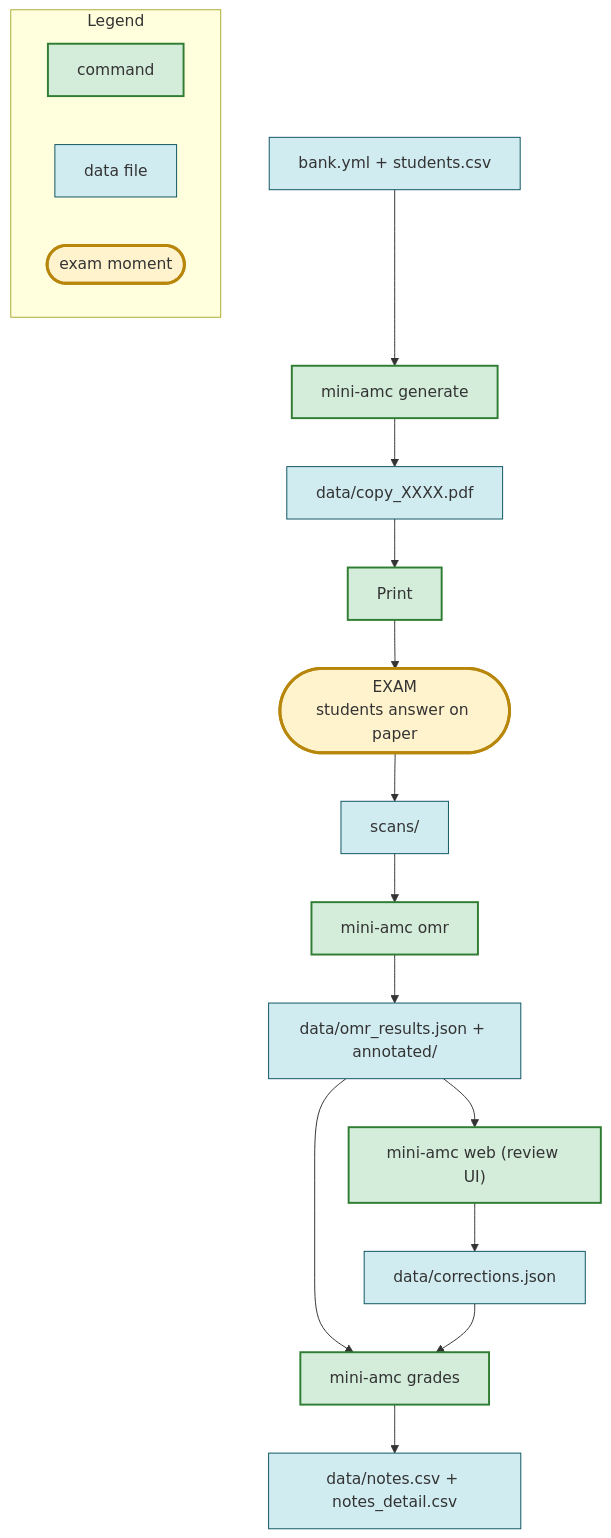
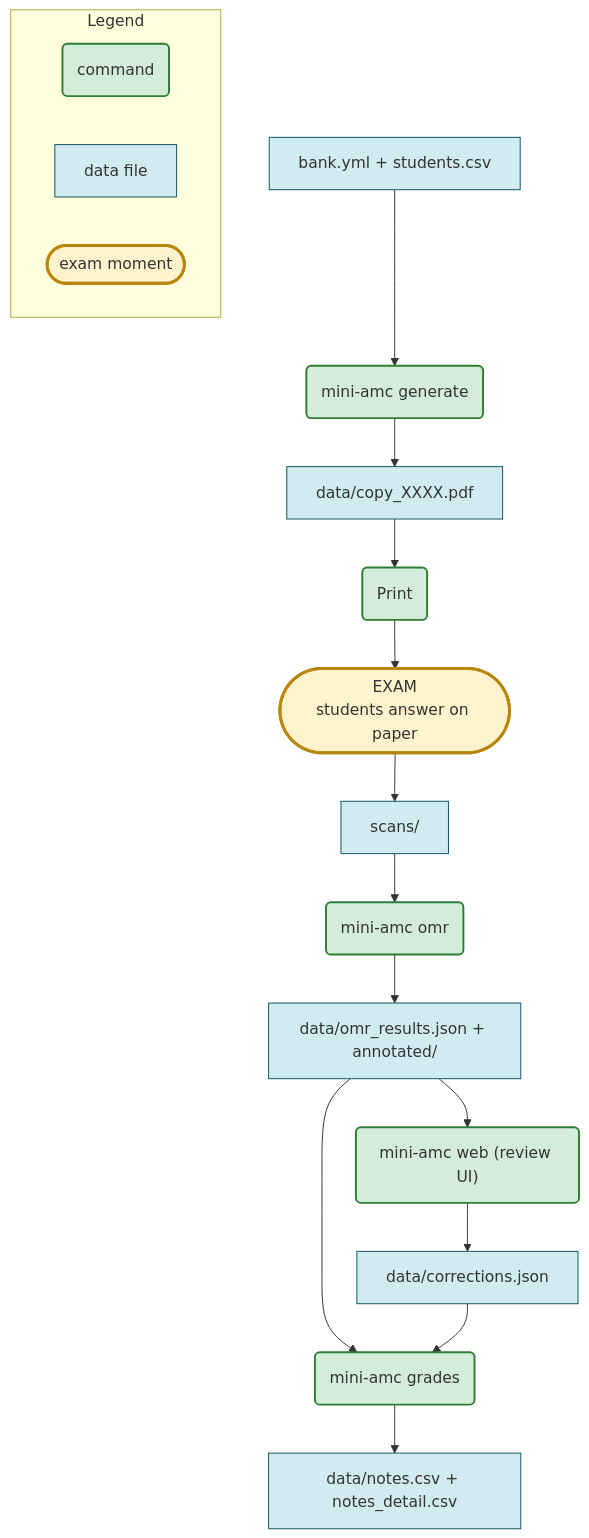
Before and after one commit to boileaum/mini-amc: the diagram in README.md, drawn with Mermaid. The commit also changed other lines of this file and 1 other file, not shown here.

First line of the commit message:
README: rounded command nodes in Mermaid, 2-column Components table, OMR acronym spelled out

````diff
--- a/README.md
+++ b/README.md
@@ -35,27 +35,27 @@
 ```mermaid
 flowchart TD
   classDef exam fill:#fff3cd,stroke:#b8860b,stroke-width:3px
   classDef tool fill:#d4edda,stroke:#2e7d32,stroke-width:2px
   classDef data fill:#d1ecf1,stroke:#0c5460
 
   bank["bank.yml + students.csv"]:::data
-  bank --> gen["mini-amc generate"]:::tool
+  bank --> gen("mini-amc generate"):::tool
   gen --> pdf["data/copy_XXXX.pdf"]:::data
-  pdf --> print["Print"]:::tool
+  pdf --> print("Print"):::tool
   print --> exam(["EXAM<br/>students answer on paper"]):::exam
   exam --> scans["scans/"]:::data
-  scans --> omr["mini-amc omr"]:::tool
+  scans --> omr("mini-amc omr"):::tool
   omr --> res["data/omr_results.json + annotated/"]:::data
-  res --> web["mini-amc web (review UI)"]:::tool
-  res --> grades["mini-amc grades"]:::tool
+  res --> web("mini-amc web (review UI)"):::tool
+  res --> grades("mini-amc grades"):::tool
   web --> corr["data/corrections.json"]:::data
   corr --> grades
   grades --> notes["data/notes.csv + notes_detail.csv"]:::data
 
   subgraph legend["Legend"]
     direction LR
-    lt["command"]:::tool
+    lt("command"):::tool
     ld["data file"]:::data
     le(["exam moment"]):::exam
   end
 ```
````
